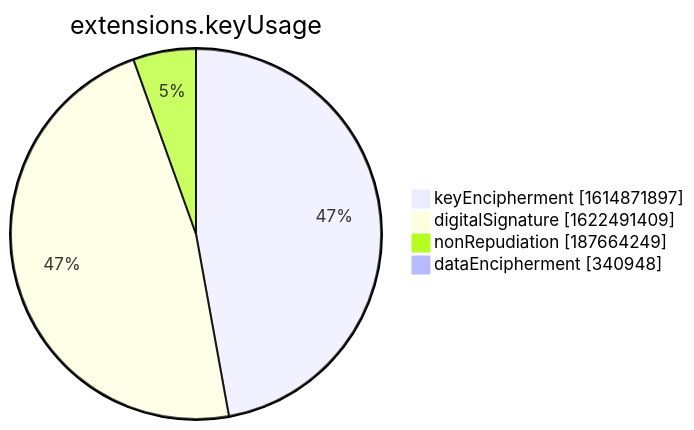
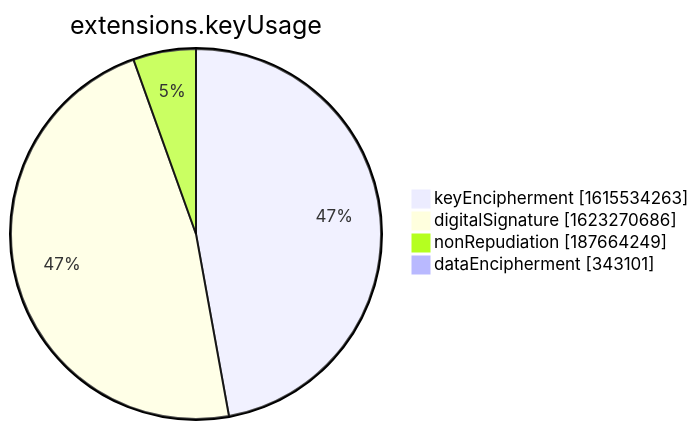
The seventh of 15 diagrams in xenon2022/README.md (christiankrug/ctmonitor_visualization), drawn with Mermaid before and after one commit. The commit also changed other lines of this file, not shown here.

````diff
--- a/xenon2022/README.md
+++ b/xenon2022/README.md
@@ -2855,8 +2855,8 @@
 ```mermaid
 pie showData
 title extensions.keyUsage
-"keyEncipherment" :1614871897
-"digitalSignature" :1622491409
+"keyEncipherment" :1615534263
+"digitalSignature" :1623270686
 "nonRepudiation" :187664249
-"dataEncipherment" :340948
+"dataEncipherment" :343101
 ```
````
